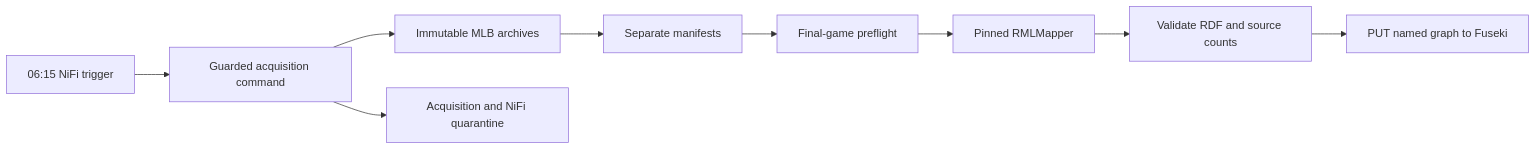
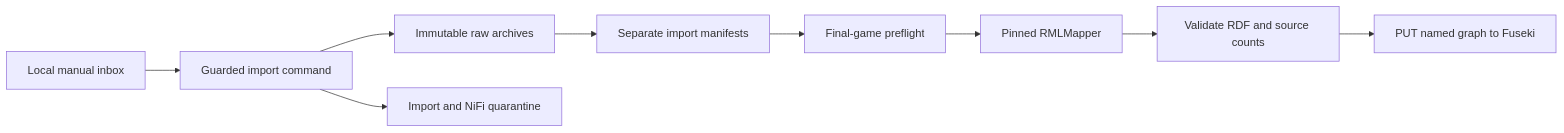
The diagram in infra/nifi/README.md (CarterBeauBenson/BaseballO), drawn with Mermaid before and after one commit. The commit also changed other lines of this file and 29 other files, not shown here.

````diff
--- a/infra/nifi/README.md
+++ b/infra/nifi/README.md
@@ -5,11 +5,11 @@
 ```mermaid
 flowchart LR
-    S[06:15 NiFi trigger] --> H[Guarded acquisition command]
-    H --> A[Immutable MLB archives]
-    A --> M[Separate manifests]
+    S[Local manual inbox] --> H[Guarded import command]
+    H --> A[Immutable raw archives]
+    A --> M[Separate import manifests]
     M --> R[Final-game preflight]
     R --> X[Pinned RMLMapper]
     X --> V[Validate RDF and source counts]
     V --> G[PUT named graph to Fuseki]
-    H --> Q[Acquisition and NiFi quarantine]
+    H --> Q[Import and NiFi quarantine]
 ```
````
